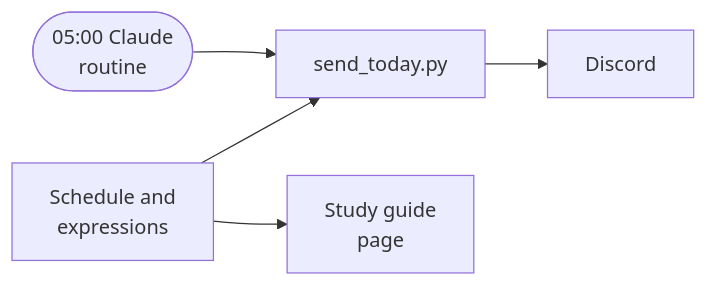
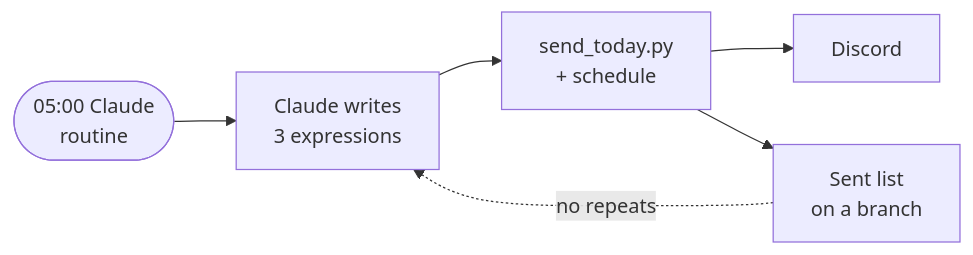
Before and after one commit to bnivibe/bnivibe: the seventh of 9 diagrams in README.md, drawn with Mermaid. The commit also changed other lines of this file, not shown here.

First line of the commit message:
[claude] docs: refresh profile counts, describe daily expressions, add leetcode

````diff
--- a/README.md
+++ b/README.md
@@ -130,7 +145,8 @@
 ```mermaid
 flowchart LR
-    R(["05:00 Claude<br/>routine"]) --> S["send_today.py"]
-    J["Schedule and<br/>expressions"] --> S
+    R(["05:00 Claude<br/>routine"]) --> W["Claude writes<br/>3 expressions"]
+    W --> S["send_today.py<br/>+ schedule"]
     S --> D["Discord"]
-    J --> G["Study guide<br/>page"]
+    S --> U["Sent list<br/>on a branch"]
+    U -. no repeats .-> W
 ```
````
